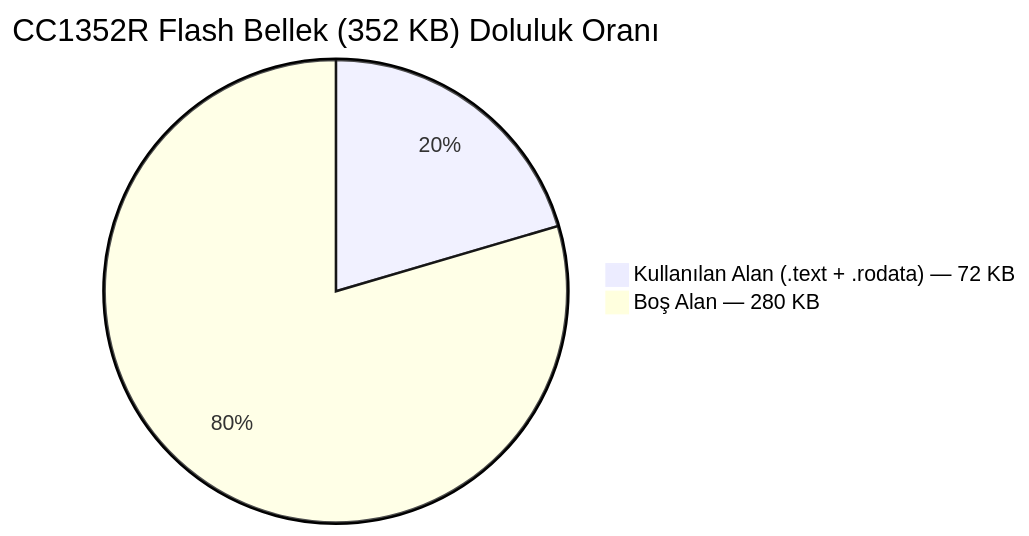
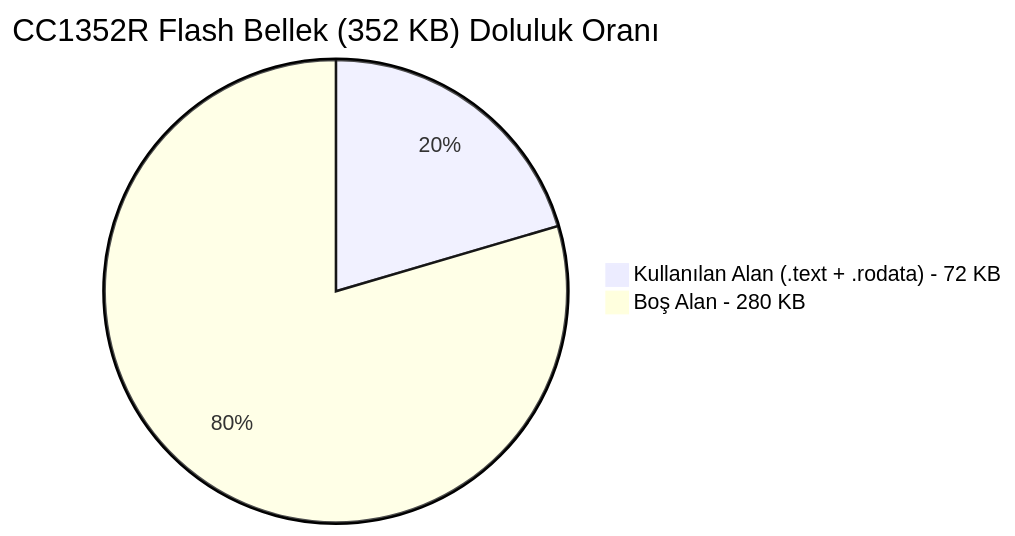
The first of 2 diagrams in README.md (sulesahan340/ota-toolchain-anaysis), drawn with Mermaid before and after one commit. The commit also changed other lines of this file, not shown here.

````diff
--- a/README.md
+++ b/README.md
@@ -189,5 +189,5 @@
 ```mermaid
 pie title CC1352R Flash Bellek (352 KB) Doluluk Oranı
-    "Kullanılan Alan (.text + .rodata) — 72 KB" : 72
-    "Boş Alan — 280 KB" : 280
+    "Kullanılan Alan (.text + .rodata) - 72 KB" : 72
+    "Boş Alan - 280 KB" : 280
 ```
````
